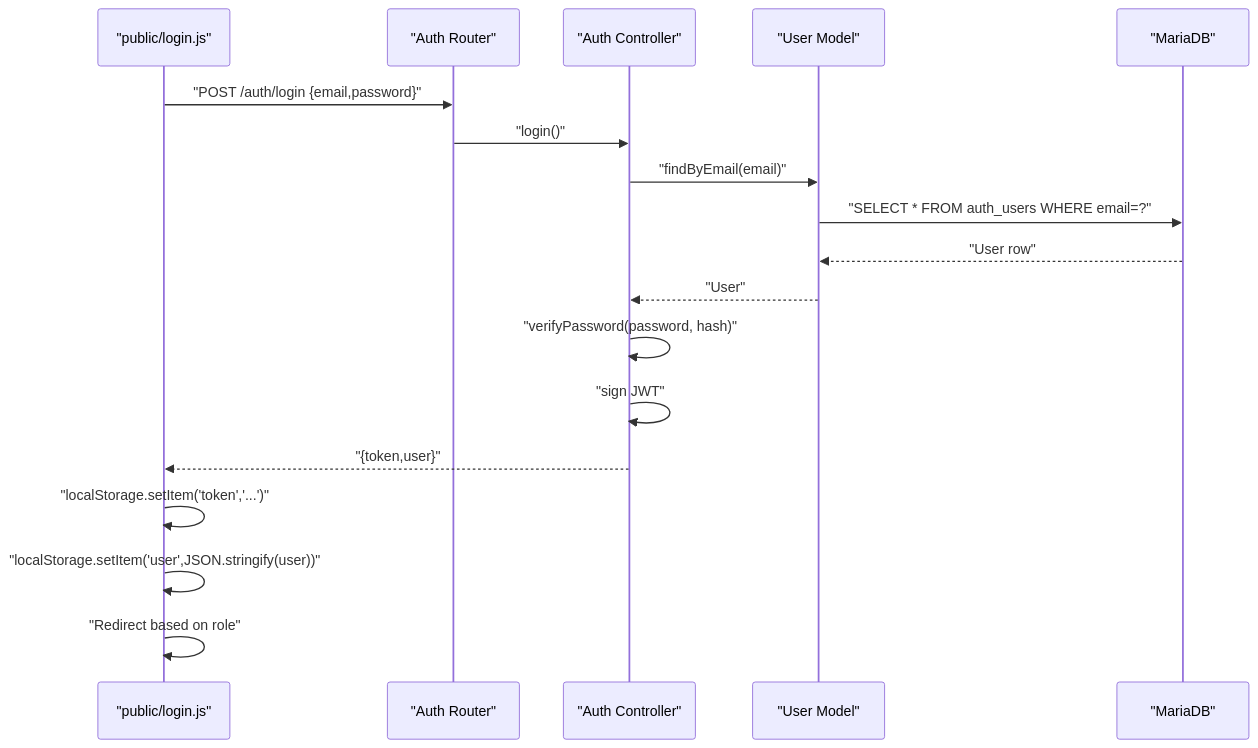
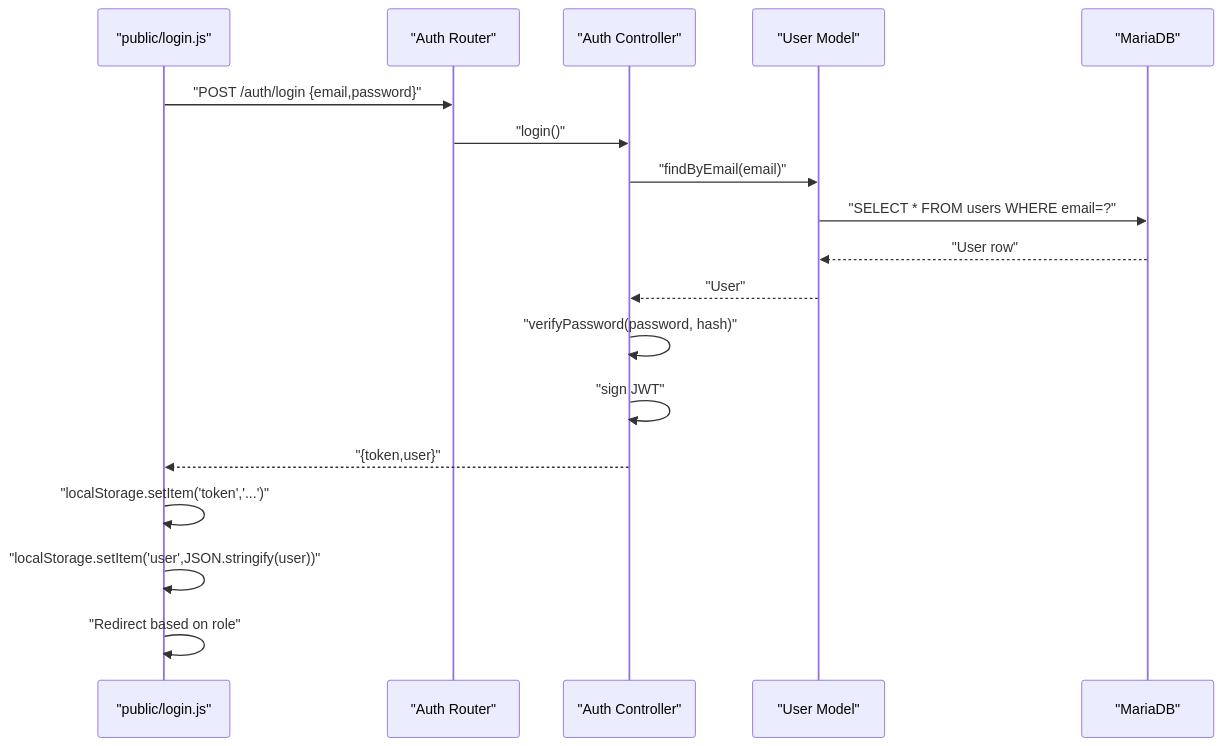
One commit to luiseduacosta/nodemural changed the fifth of 6 diagrams in .qoder/repowiki/en/content/API Reference/Authentication Endpoints.md. Above: the diagram before and after it, drawn with Mermaid. The commit also changed other lines of this file and 30 other files, not shown here.

Commit message:
Update tables schema.

````diff
--- a/.qoder/repowiki/en/content/API Reference/Authentication Endpoints.md
+++ b/.qoder/repowiki/en/content/API Reference/Authentication Endpoints.md
@@ -379,20 +379,20 @@
 ```mermaid
 sequenceDiagram
 participant L as "public/login.js"
 participant R as "Auth Router"
 participant C as "Auth Controller"
 participant U as "User Model"
 participant DB as "MariaDB"
 L->>R : "POST /auth/login {email,password}"
 R->>C : "login()"
 C->>U : "findByEmail(email)"
-U->>DB : "SELECT * FROM auth_users WHERE email=?"
+U->>DB : "SELECT * FROM users WHERE email=?"
 DB-->>U : "User row"
 U-->>C : "User"
 C->>C : "verifyPassword(password, hash)"
 C->>C : "sign JWT"
 C-->>L : "{token,user}"
 L->>L : "localStorage.setItem('token','...')"
 L->>L : "localStorage.setItem('user',JSON.stringify(user))"
 L->>L : "Redirect based on role"
 ```
````
